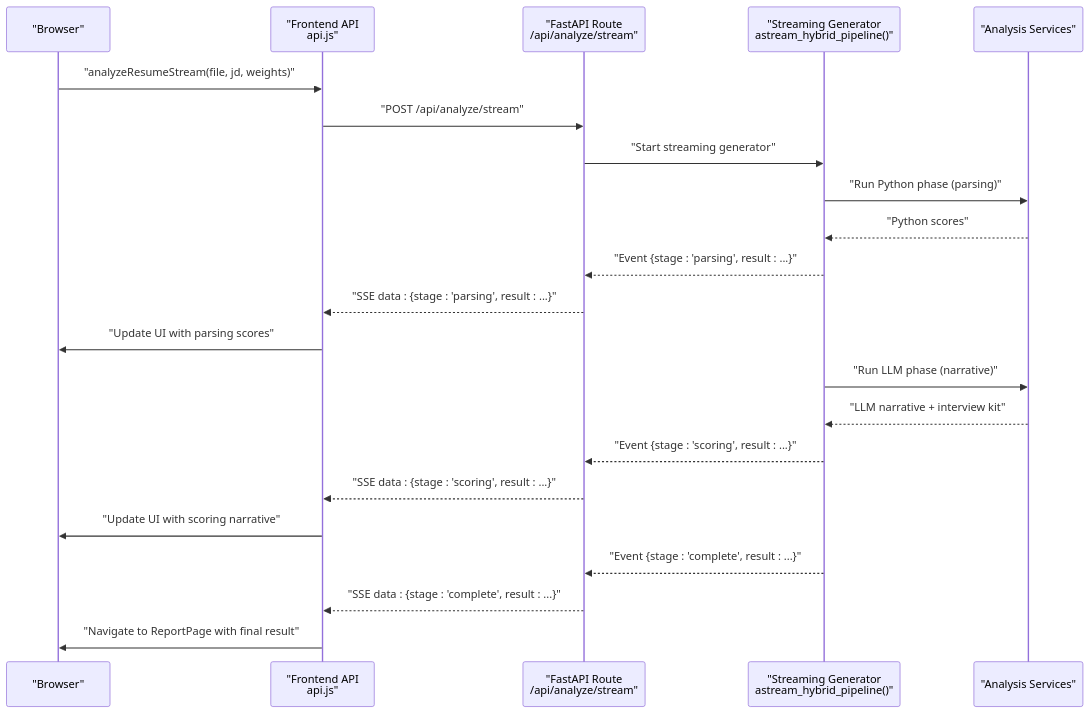
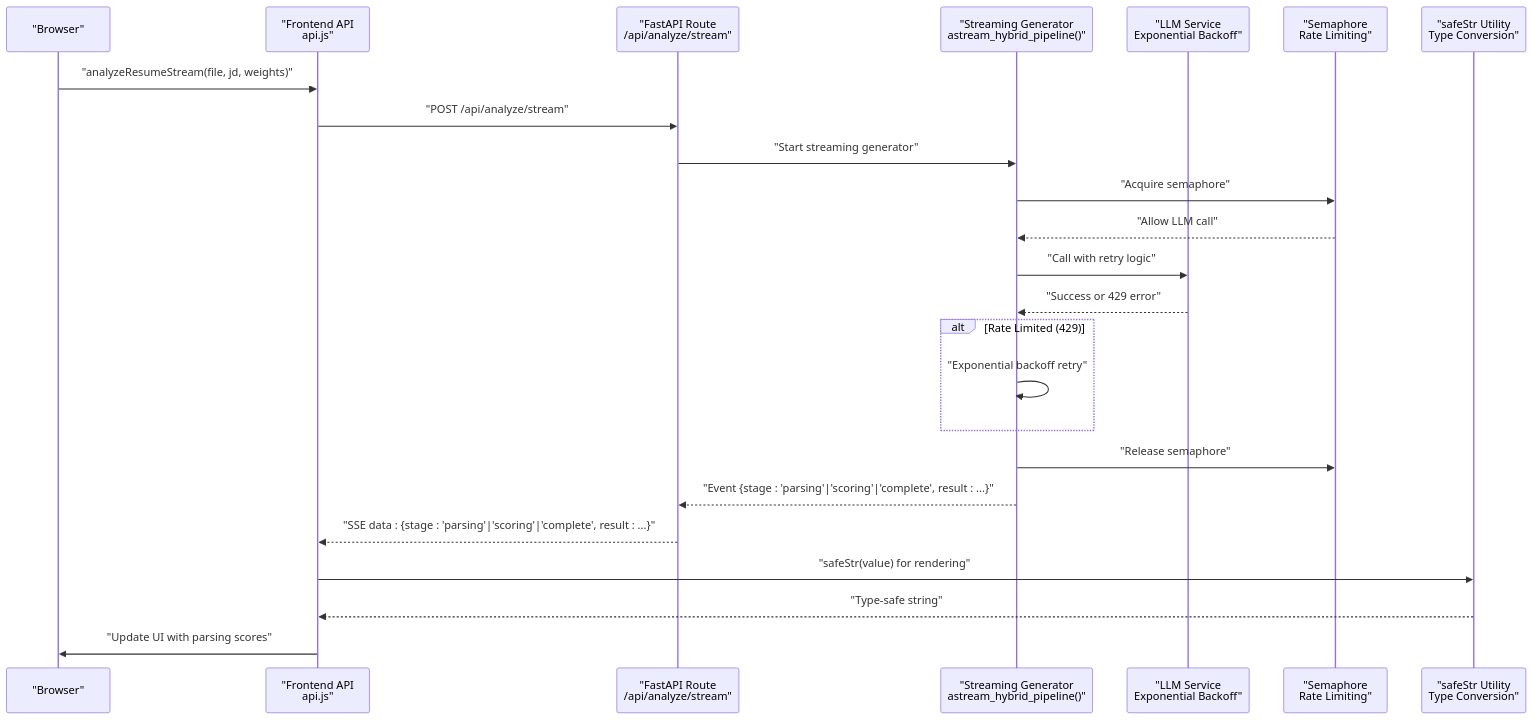
One commit to Revanththetalogics/aireume changed the second of 7 diagrams in .qoder/repowiki/en/content/Real-time Processing.md. Above: the diagram before and after it, drawn with Mermaid. The commit also changed other lines of this file and 61 other files, not shown here.

Commit message:
feat: complete 3-phase SaaS admin platform — billing, quotas, email notifications

````diff
--- a/.qoder/repowiki/en/content/Real-time Processing.md
+++ b/.qoder/repowiki/en/content/Real-time Processing.md
@@ -97,24 +148,26 @@
 ```mermaid
 sequenceDiagram
 participant Client as "Browser"
 participant API as "Frontend API<br/>api.js"
 participant Route as "FastAPI Route<br/>/api/analyze/stream"
 participant Gen as "Streaming Generator<br/>astream_hybrid_pipeline()"
-participant Services as "Analysis Services"
+participant LLM as "LLM Service<br/>Exponential Backoff"
+participant Sem as "Semaphore<br/>Rate Limiting"
+participant Safe as "safeStr Utility<br/>Type Conversion"
 Client->>API : "analyzeResumeStream(file, jd, weights)"
 API->>Route : "POST /api/analyze/stream"
 Route->>Gen : "Start streaming generator"
-Gen->>Services : "Run Python phase (parsing)"
-Services-->>Gen : "Python scores"
-Gen-->>Route : "Event {stage : 'parsing', result : ...}"
-Route-->>API : "SSE data : {stage : 'parsing', result : ...}"
+Gen->>Sem : "Acquire semaphore"
+Sem-->>Gen : "Allow LLM call"
+Gen->>LLM : "Call with retry logic"
+LLM-->>Gen : "Success or 429 error"
+alt Rate Limited (429)
+Gen->>Gen : "Exponential backoff retry"
+end
+Gen->>Sem : "Release semaphore"
+Gen-->>Route : "Event {stage : 'parsing'|'scoring'|'complete', result : ...}"
+Route-->>API : "SSE data : {stage : 'parsing'|'scoring'|'complete', result : ...}"
+API->>Safe : "safeStr(value) for rendering"
+Safe-->>API : "Type-safe string"
 API->>Client : "Update UI with parsing scores"
-Gen->>Services : "Run LLM phase (narrative)"
-Services-->>Gen : "LLM narrative + interview kit"
-Gen-->>Route : "Event {stage : 'scoring', result : ...}"
-Route-->>API : "SSE data : {stage : 'scoring', result : ...}"
-API->>Client : "Update UI with scoring narrative"
-Gen-->>Route : "Event {stage : 'complete', result : ...}"
-Route-->>API : "SSE data : {stage : 'complete', result : ...}"
-API->>Client : "Navigate to ReportPage with final result"
 ```
````
